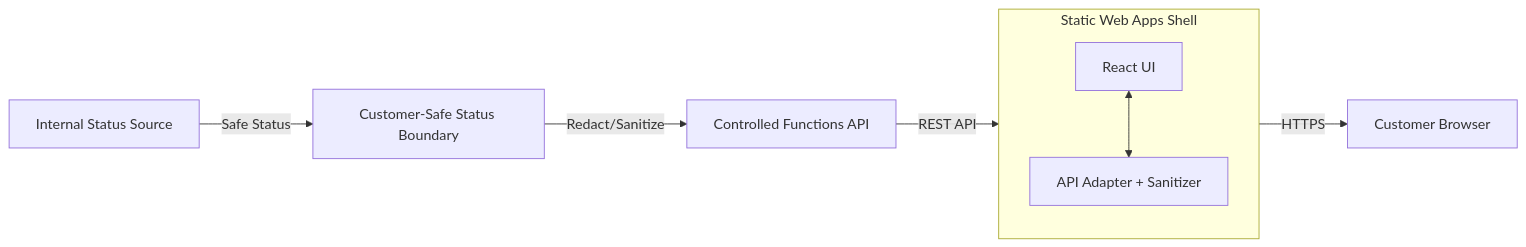
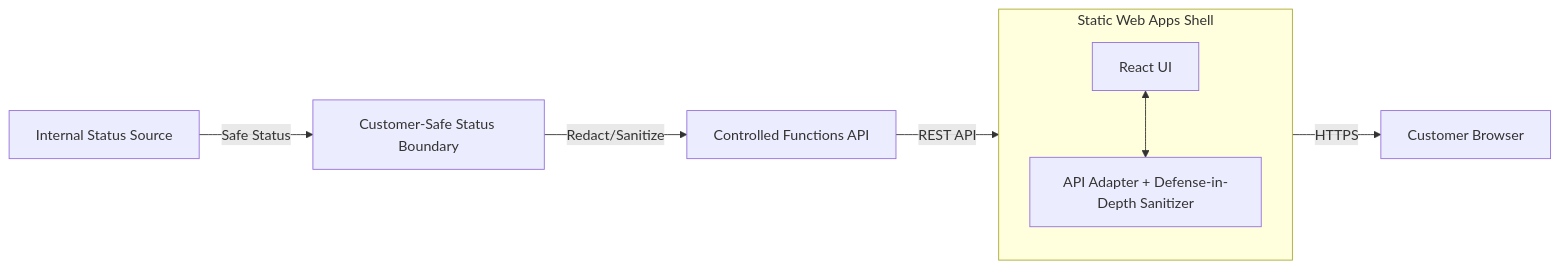
Before and after one commit to wildersa/azure_ref_kit: the diagram in building-blocks/portals/static-status-portal/README.md, drawn with Mermaid. The commit also changed other lines of this file and 3 other files, not shown here.

First line of the commit message:
Address PR feedback: Clarify security boundary and add defense-in-depth tests

````diff
--- a/building-blocks/portals/static-status-portal/README.md
+++ b/building-blocks/portals/static-status-portal/README.md
@@ -21,13 +21,13 @@
 ```mermaid
 flowchart LR
     Source[Internal Status Source] -->|Safe Status| Boundary[Customer-Safe Status Boundary]
     Boundary -->|Redact/Sanitize| Func[Controlled Functions API]
     Func -->|REST API| SWA[Static Web Apps Shell]
     SWA -->|HTTPS| Customer[Customer Browser]
 
     subgraph SWA [Static Web Apps Shell]
         UI[React UI]
-        Adapter[API Adapter + Sanitizer]
+        Adapter[API Adapter + Defense-in-Depth Sanitizer]
         UI <--> Adapter
     end
 ```
````
